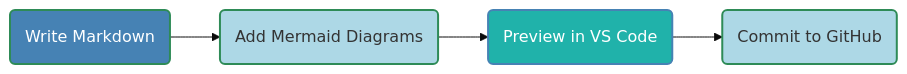
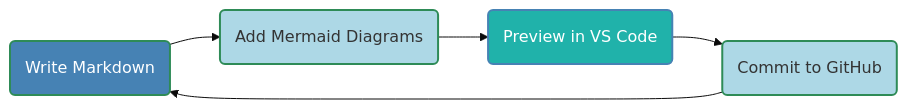
Before and after one commit to buckeye43210/markdown-to-snowkb: the fourth of 8 diagrams in README.md, drawn with Mermaid (base theme). The commit also changed other lines of this file, not shown here.

````diff
--- a/README.md
+++ b/README.md
@@ -171,11 +171,12 @@
 ```mermaid
 graph LR
     A(Write Markdown) --> B(Add Mermaid Diagrams)
     B --> C(Preview in VS Code)
     C --> D(Commit to GitHub)
+    D --> A
 
     style A fill:#4682B4,stroke:#2E8B57,stroke-width:2px,color:#FFFFFF
     style B fill:#ADD8E6,stroke:#2E8B57,stroke-width:2px
     style C fill:#20B2AA,stroke:#4682B4,stroke-width:2px,color:#FFFFFF
     style D fill:#ADD8E6,stroke:#2E8B57,stroke-width:2px
 ```
````
